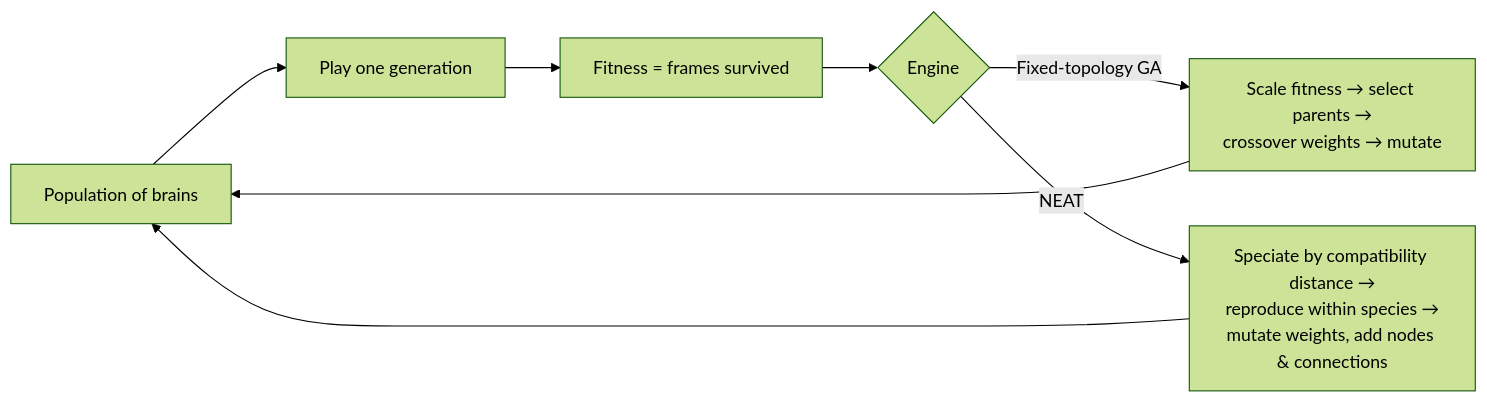
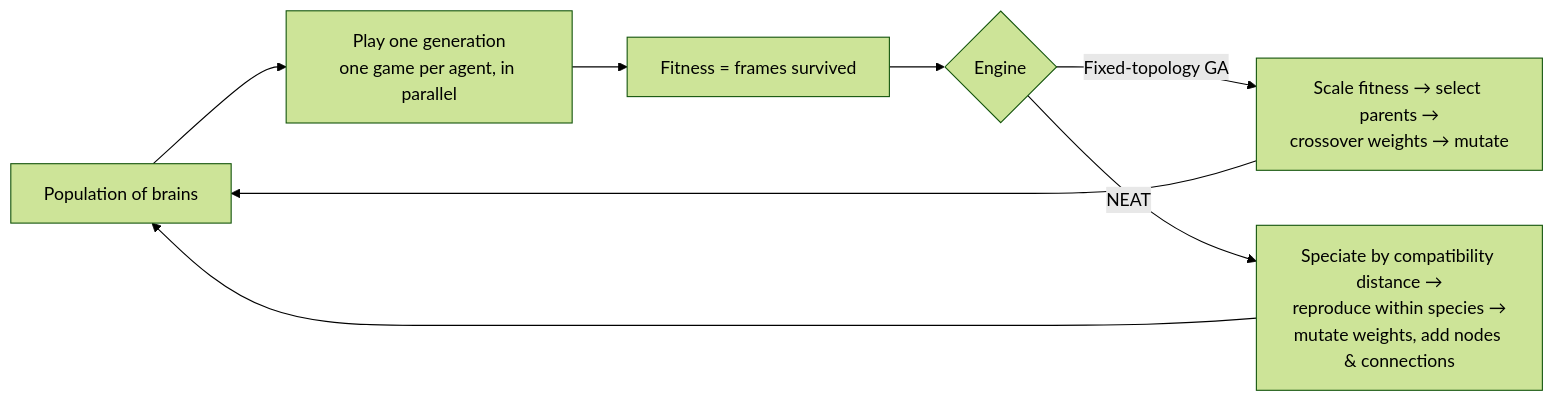
One commit to guillesanper/FlappyBirdNeat changed the first of 2 diagrams in README.md. Above: the diagram before and after it, drawn with Mermaid (forest theme). The commit also changed other lines of this file, not shown here.

First line of the commit message:
docs: document the headless CLI, parallel evaluation and measured performance

````diff
--- a/README.md
+++ b/README.md
@@ -50,10 +51,10 @@
 ```mermaid
 flowchart LR
-    A[Population of brains] --> B[Play one generation]
+    A[Population of brains] --> B[Play one generation<br/>one game per agent, in parallel]
     B --> C[Fitness = frames survived]
     C --> D{Engine}
     D -->|Fixed-topology GA| E[Scale fitness → select parents →<br/>crossover weights → mutate]
     D -->|NEAT| F[Speciate by compatibility distance →<br/>reproduce within species →<br/>mutate weights, add nodes & connections]
     E --> A
     F --> A
 ```
````
